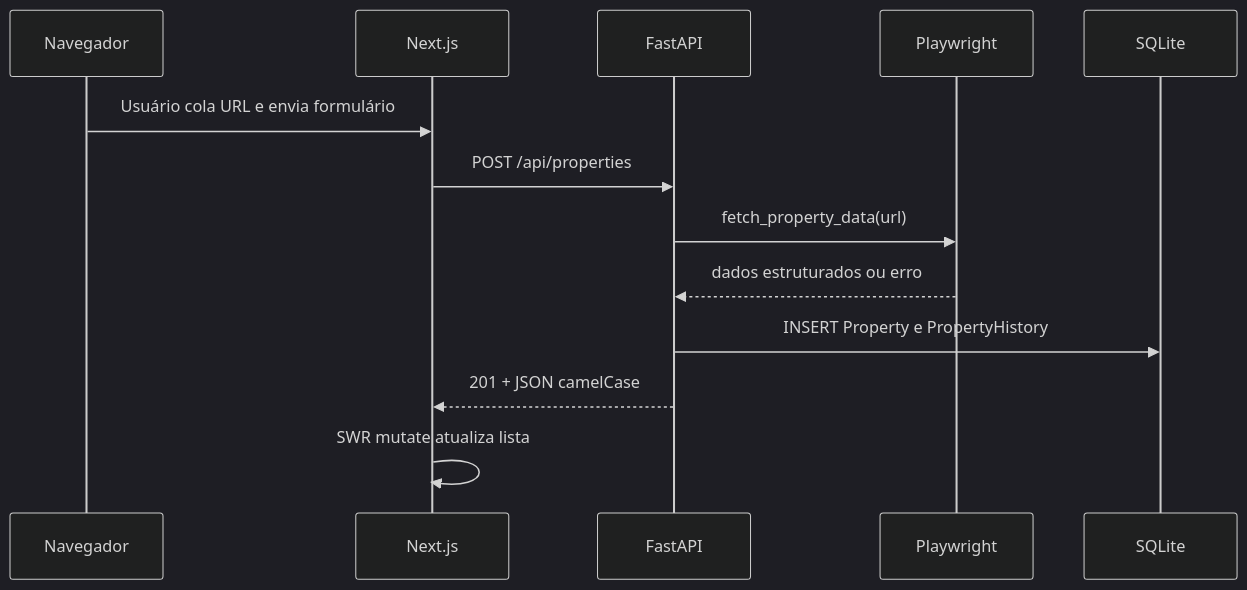
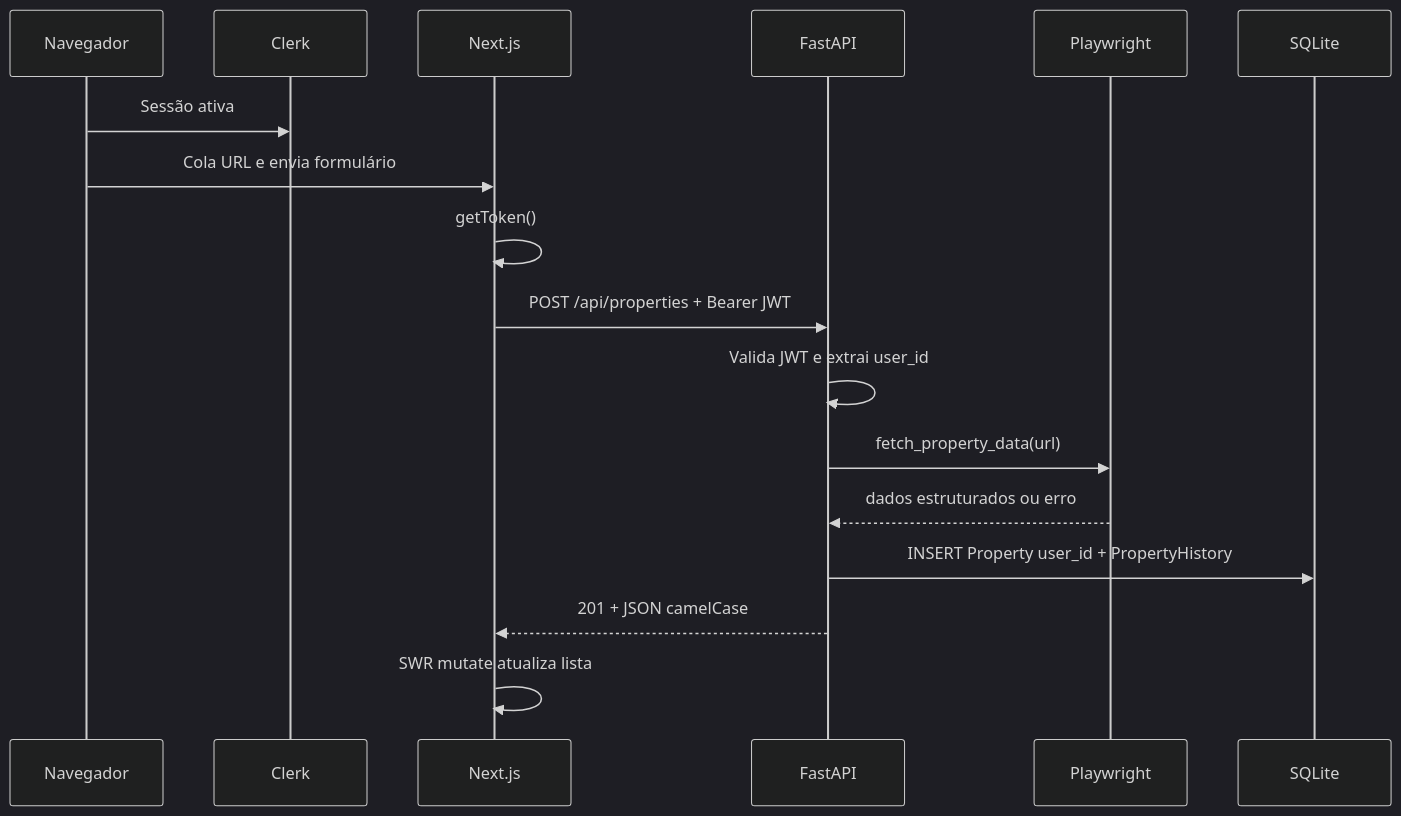
The first of 3 diagrams in docs/arquitetura.md (atejap05/monitora-imoveis), drawn with Mermaid (dark theme) before and after one commit. The commit also changed other lines of this file and 6 other files, not shown here.

Commit message:
docs: update README and architecture documentation to reflect user authentication with Clerk, multi-tenant property management, and enhanced data handling; clarify roadmap and task details

````diff
--- a/docs/arquitetura.md
+++ b/docs/arquitetura.md
@@ -48,16 +48,20 @@
 ```mermaid
 sequenceDiagram
     participant Browser as Navegador
+    participant Clerk as Clerk
     participant Next as Next.js
     participant API as FastAPI
     participant PW as Playwright
     participant DB as SQLite
 
-    Browser->>Next: Usuário cola URL e envia formulário
-    Next->>API: POST /api/properties
+    Browser->>Clerk: Sessão ativa
+    Browser->>Next: Cola URL e envia formulário
+    Next->>Next: getToken()
+    Next->>API: POST /api/properties + Bearer JWT
+    API->>API: Valida JWT e extrai user_id
     API->>PW: fetch_property_data(url)
     PW-->>API: dados estruturados ou erro
-    API->>DB: INSERT Property e PropertyHistory
+    API->>DB: INSERT Property user_id + PropertyHistory
     API-->>Next: 201 + JSON camelCase
     Next->>Next: SWR mutate atualiza lista
 ```
````
